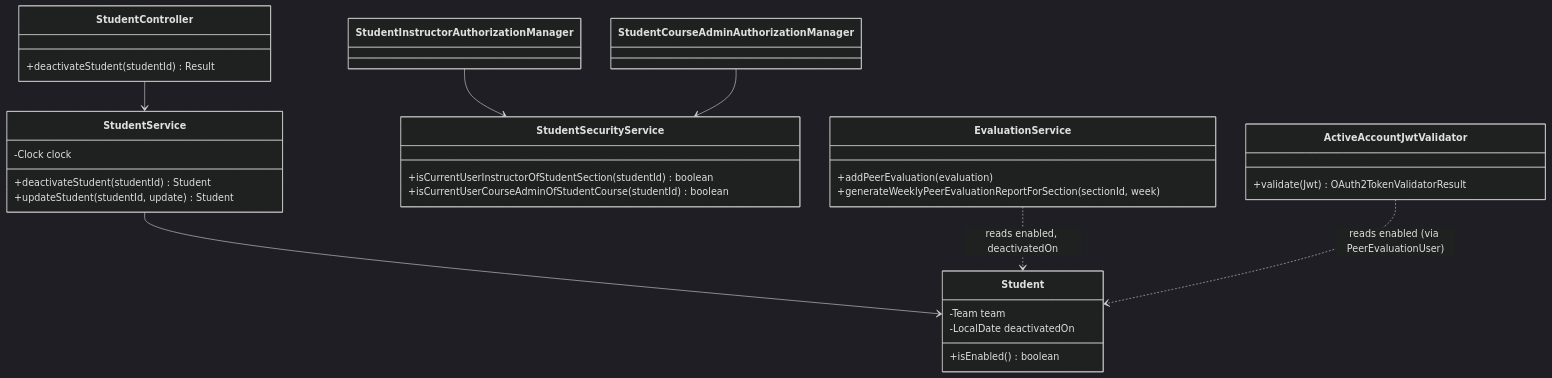
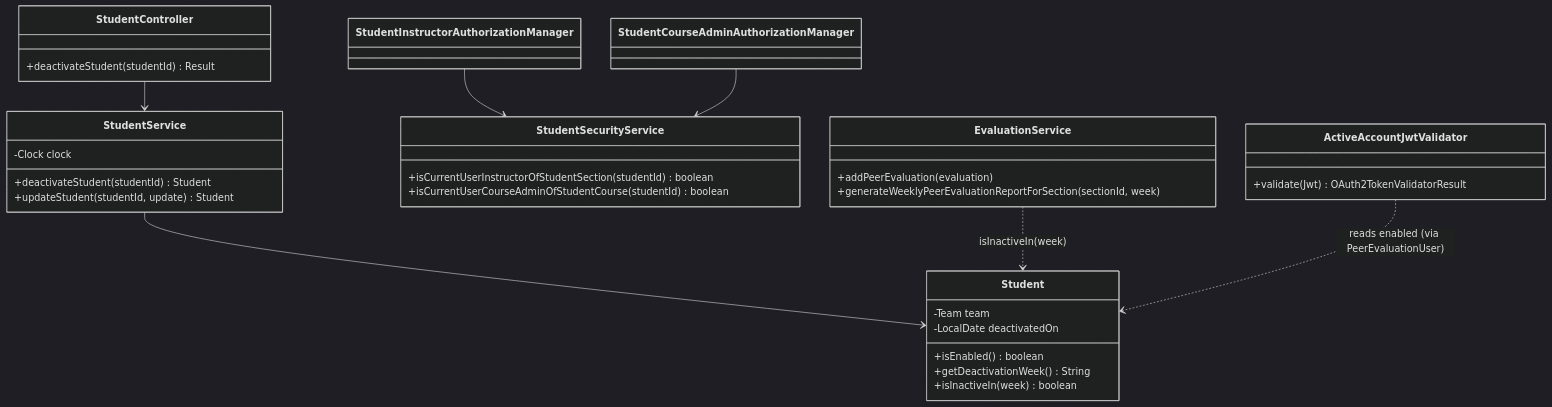
The first of 3 diagrams in docs/design/stu.md (Sebastian-Tran/add-a-use-case), drawn with Mermaid (dark theme) before and after one commit. The commit also changed other lines of this file and 9 other files, not shown here.

First line of the commit message:
feat(student): deactivate a student, and treat her as inactive from her deactivation week

````diff
--- a/docs/design/stu.md
+++ b/docs/design/stu.md
@@ -14,35 +14,37 @@
 ```mermaid
 classDiagram
   class StudentController {
     +deactivateStudent(studentId) Result
   }
   class StudentService {
     -Clock clock
     +deactivateStudent(studentId) Student
     +updateStudent(studentId, update) Student
   }
   class Student {
     -Team team
     -LocalDate deactivatedOn
     +isEnabled() boolean
+    +getDeactivationWeek() String
+    +isInactiveIn(week) boolean
   }
   class StudentSecurityService {
     +isCurrentUserInstructorOfStudentSection(studentId) boolean
     +isCurrentUserCourseAdminOfStudentCourse(studentId) boolean
   }
   class StudentInstructorAuthorizationManager
   class StudentCourseAdminAuthorizationManager
   class ActiveAccountJwtValidator {
     +validate(Jwt) OAuth2TokenValidatorResult
   }
   class EvaluationService {
     +addPeerEvaluation(evaluation)
     +generateWeeklyPeerEvaluationReportForSection(sectionId, week)
   }
   StudentController --> StudentService
   StudentService --> Student
   StudentInstructorAuthorizationManager --> StudentSecurityService
   StudentCourseAdminAuthorizationManager --> StudentSecurityService
-  EvaluationService ..> Student : reads enabled, deactivatedOn
+  EvaluationService ..> Student : isInactiveIn(week)
   ActiveAccountJwtValidator ..> Student : reads enabled (via PeerEvaluationUser)
 ```
````
